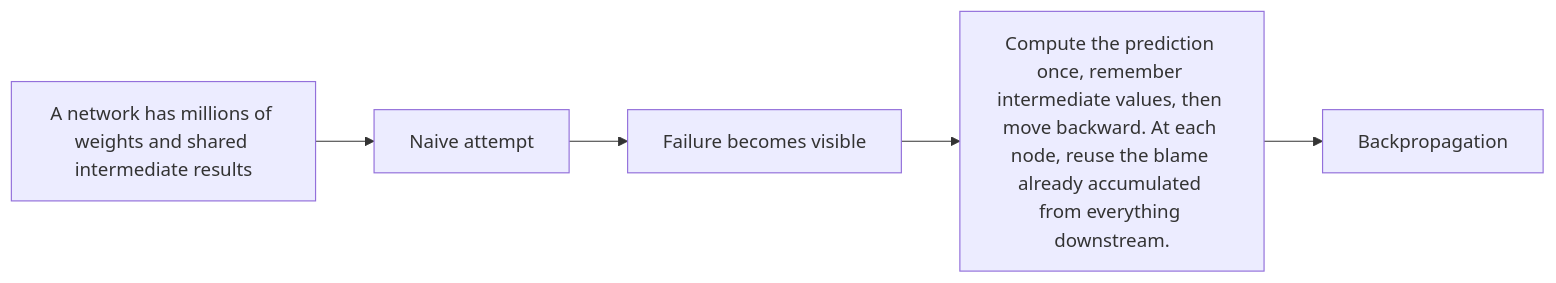
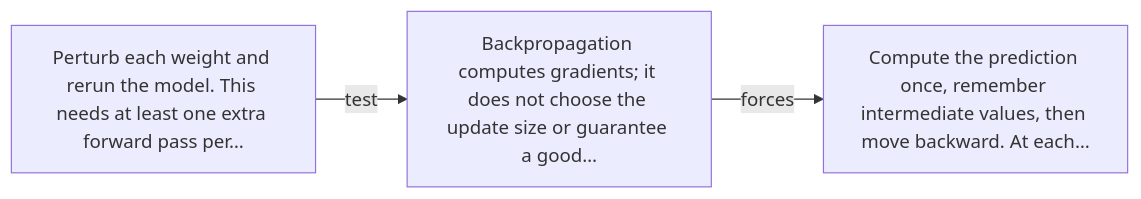
Before and after one commit to kleem-labs/AI-Archaeology: the diagram in excavations/024-backpropagation/diagram.md, drawn with Mermaid. The commit also changed other lines of this file and 288 other files, not shown here.

````diff
--- a/excavations/024-backpropagation/diagram.md
+++ b/excavations/024-backpropagation/diagram.md
@@ -3,7 +5,5 @@
-~~~mermaid
+```mermaid
 flowchart LR
- A["A network has millions of weights and shared intermediate results"] --> B["Naive attempt"]
- B --> C["Failure becomes visible"]
- C --> D["Compute the prediction once, remember intermediate values, then move backward. At each node, reuse the blame already accumulated from everything downstream."]
- D --> E["Backpropagation"]
-~~~
+    A["Perturb each weight and rerun the model. This needs at least one extra forward pass per…"] -->|"test"| B["Backpropagation computes gradients; it does not choose the update size or guarantee a good…"]
+    B -->|"forces"| C["Compute the prediction once, remember intermediate values, then move backward. At each…"]
+```
````
